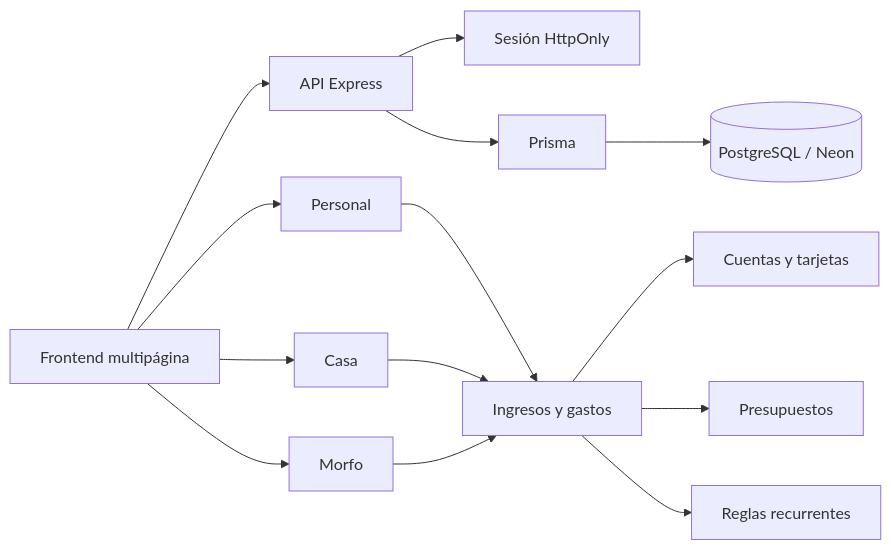
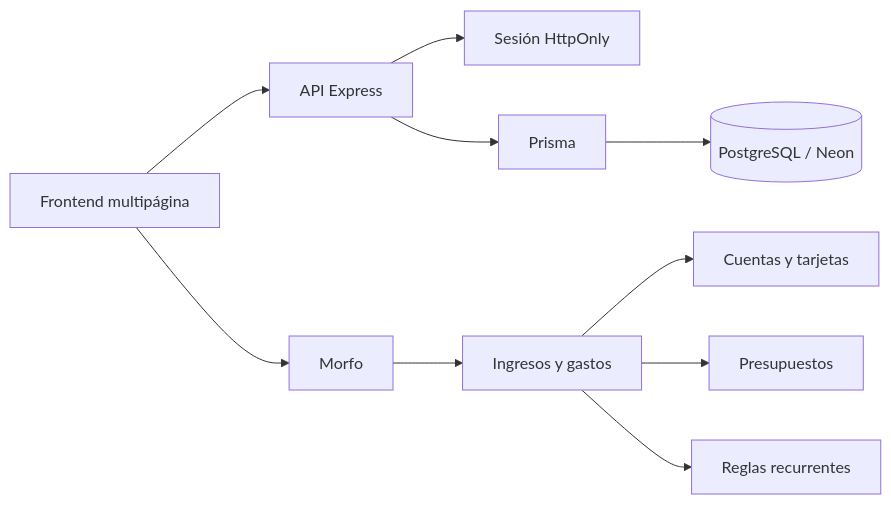
One commit to Jose-Name-CreativeCode/morfo-hub changed the diagram in docs/modules.md. Above: the diagram before and after it, drawn with Mermaid. The commit also changed other lines of this file and 38 other files, not shown here.

````diff
--- a/docs/modules.md
+++ b/docs/modules.md
@@ -27,18 +15,14 @@
 ```mermaid
 flowchart LR
   UI[Frontend multipágina] --> API[API Express]
   API --> AUTH[Sesión HttpOnly]
   API --> ORM[Prisma]
   ORM --> DB[(PostgreSQL / Neon)]
 
-  UI --> PER[Personal]
-  UI --> CAS[Casa]
   UI --> MOR[Morfo]
 
-  PER --> MOV[Ingresos y gastos]
-  CAS --> MOV
-  MOR --> MOV
+  MOR --> MOV[Ingresos y gastos]
   MOV --> ACC[Cuentas y tarjetas]
   MOV --> BUD[Presupuestos]
   MOV --> REC[Reglas recurrentes]
 ```
````
